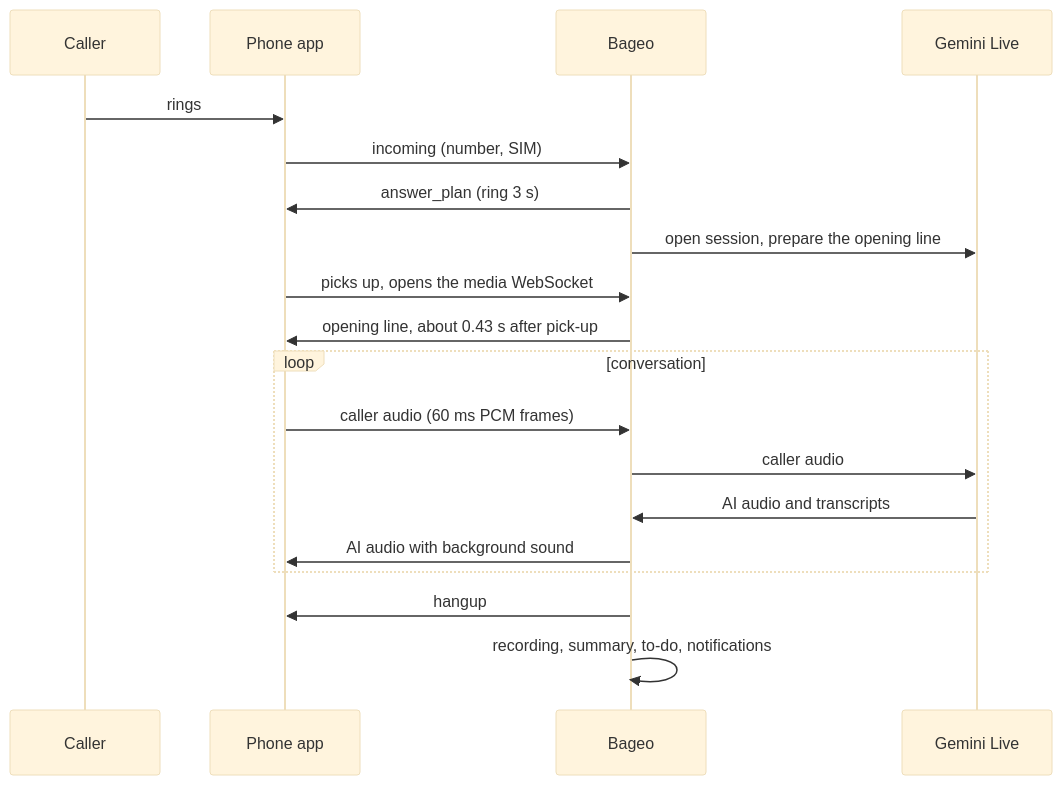
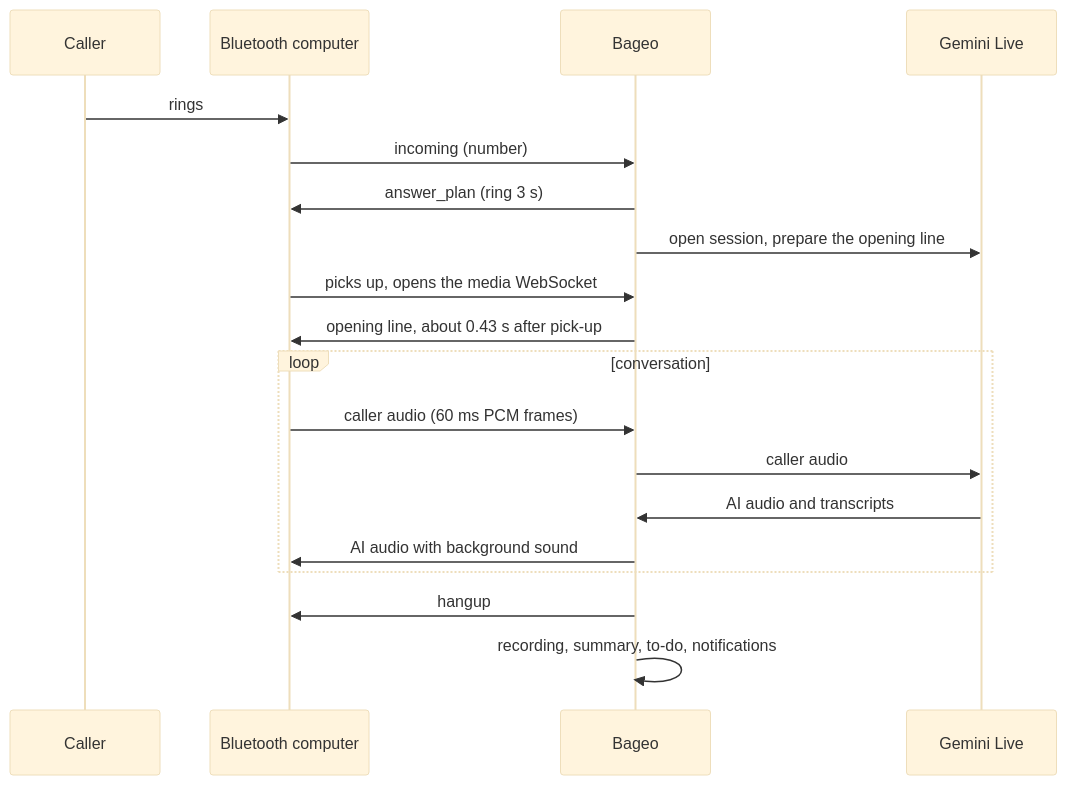
Before and after one commit to h4lo-void/bageo-call-bluetooth: the second of 2 diagrams in docs/en/ARCHITECTURE.md, drawn with Mermaid (base theme). The commit also changed other lines of this file and 94 other files, not shown here.

````diff
--- a/docs/en/ARCHITECTURE.md
+++ b/docs/en/ARCHITECTURE.md
@@ -88,21 +90,21 @@
 ```mermaid
 sequenceDiagram
     participant C as Caller
-    participant P as Phone app
+    participant P as Bluetooth computer
     participant A as Bageo
     participant G as Gemini Live
     C->>P: rings
-    P->>A: incoming (number, SIM)
+    P->>A: incoming (number)
     A->>P: answer_plan (ring 3 s)
     A->>G: open session, prepare the opening line
     P->>A: picks up, opens the media WebSocket
     A->>P: opening line, about 0.43 s after pick-up
     loop conversation
         P->>A: caller audio (60 ms PCM frames)
         A->>G: caller audio
         G->>A: AI audio and transcripts
         A->>P: AI audio with background sound
     end
     A->>P: hangup
     A->>A: recording, summary, to-do, notifications
 ```
````
